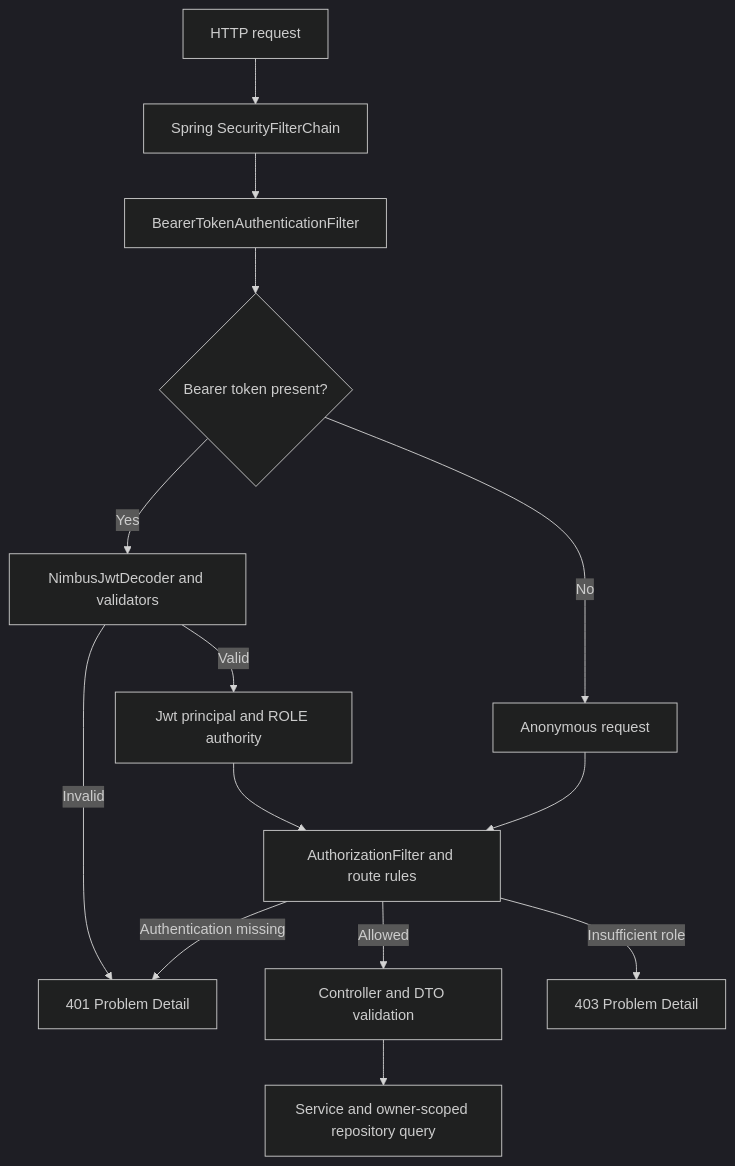
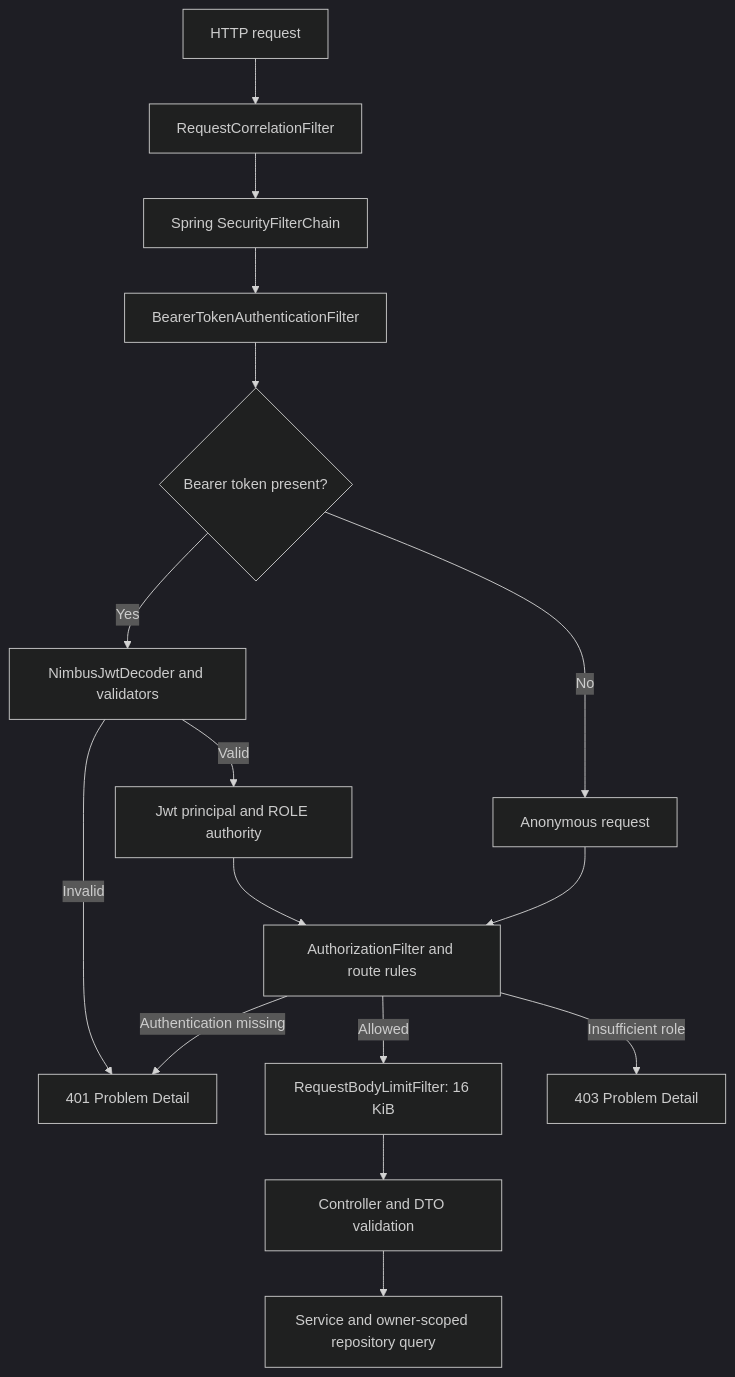
One commit to Avnish666/Tbooker changed the diagram in docs/SECURITY.md. Above: the diagram before and after it, drawn with Mermaid (dark theme). The commit also changed other lines of this file and 32 other files, not shown here.

````diff
--- a/docs/SECURITY.md
+++ b/docs/SECURITY.md
@@ -37,16 +37,18 @@
 ```mermaid
 flowchart TD
-    Request[HTTP request] --> Chain[Spring SecurityFilterChain]
+    Request[HTTP request] --> Correlation[RequestCorrelationFilter]
+    Correlation --> Chain[Spring SecurityFilterChain]
     Chain --> Bearer[BearerTokenAuthenticationFilter]
     Bearer --> Present{Bearer token present?}
     Present -- Yes --> Decoder[NimbusJwtDecoder and validators]
     Decoder -- Invalid --> Unauthorized[401 Problem Detail]
     Decoder -- Valid --> Principal[Jwt principal and ROLE authority]
     Present -- No --> Anonymous[Anonymous request]
     Principal --> Rules[AuthorizationFilter and route rules]
     Anonymous --> Rules
-    Rules -- Allowed --> Controller[Controller and DTO validation]
+    Rules -- Allowed --> Limit[RequestBodyLimitFilter: 16 KiB]
+    Limit --> Controller[Controller and DTO validation]
     Rules -- Authentication missing --> Unauthorized
     Rules -- Insufficient role --> Forbidden[403 Problem Detail]
     Controller --> Service[Service and owner-scoped repository query]
 ```
````
